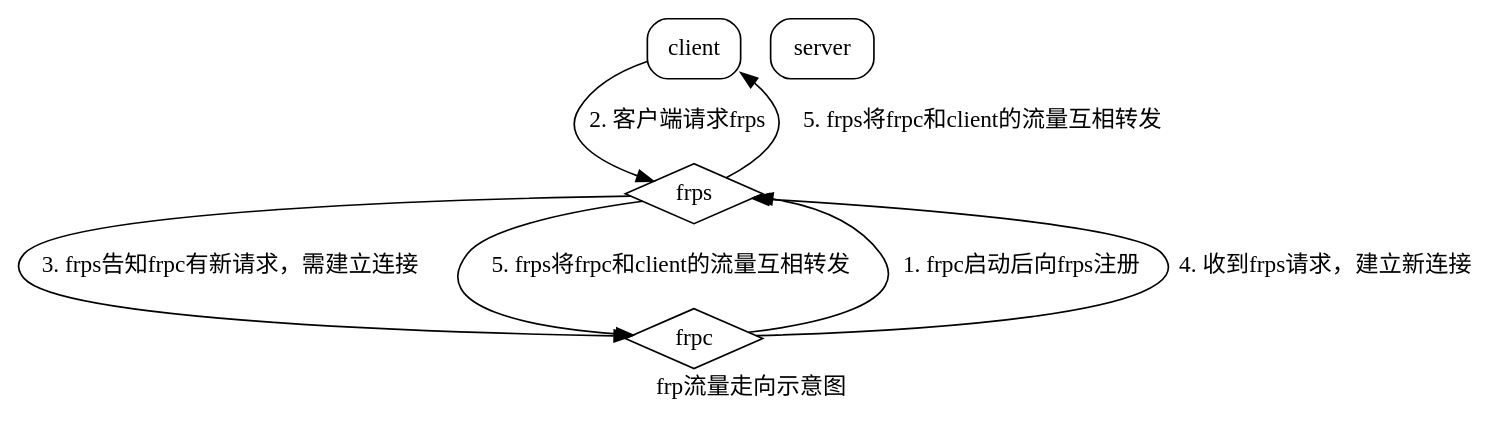
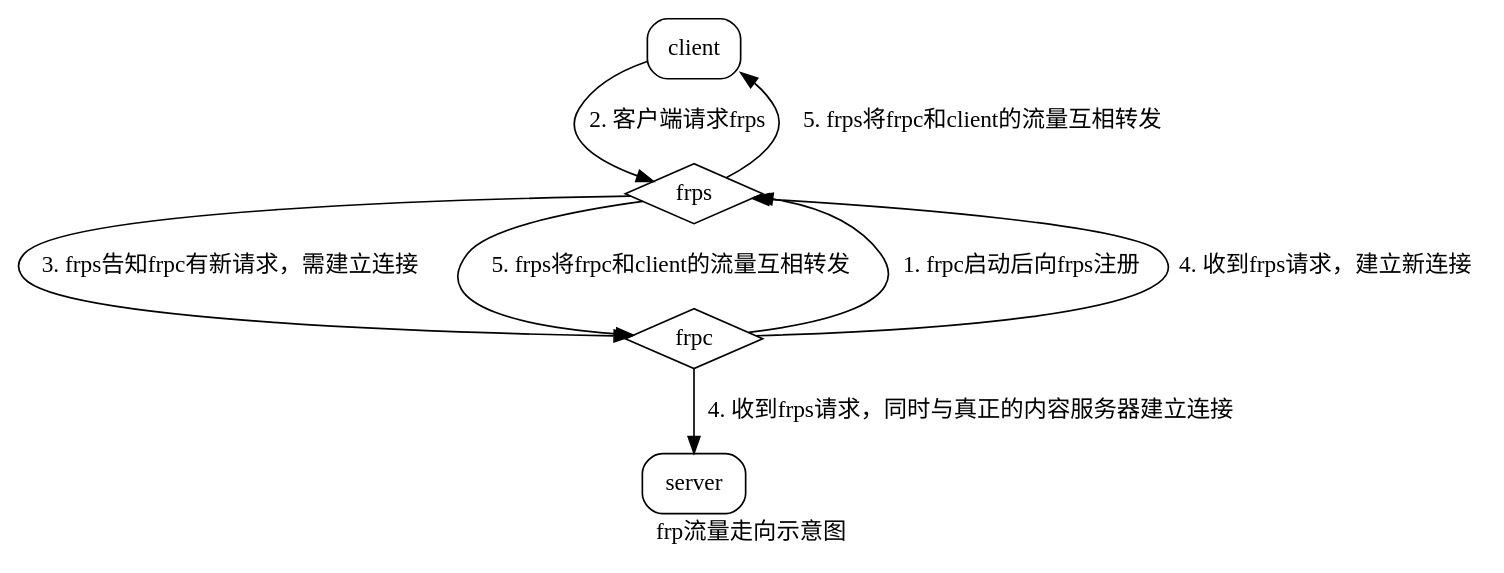
Before and after one commit to jiajunhuang/blog: the diagram in dot/frp_flow.dot, drawn with Graphviz. The commit also changed 1 other file, not shown here.

```diff
--- a/dot/frp_flow.dot
+++ b/dot/frp_flow.dot
@@ -1,15 +1,16 @@
 digraph {
     label="frp流量走向示意图";
 
     node[shape="box", style="rounded"]
        client; server;
     node[shape="diamond", style=""]
        frps; frpc;
 
     frpc -> frps[label="1. frpc启动后向frps注册"];
     client -> frps[label="2. 客户端请求frps"];
     frps -> frpc[label="3. frps告知frpc有新请求，需建立连接"];
     frpc -> frps[label="4. 收到frps请求，建立新连接"];
+    frpc -> server[label="4. 收到frps请求，同时与真正的内容服务器建立连接"];
     frps -> client[label="5. frps将frpc和client的流量互相转发"];
     frps -> frpc[label="5. frps将frpc和client的流量互相转发"];
 }
```
